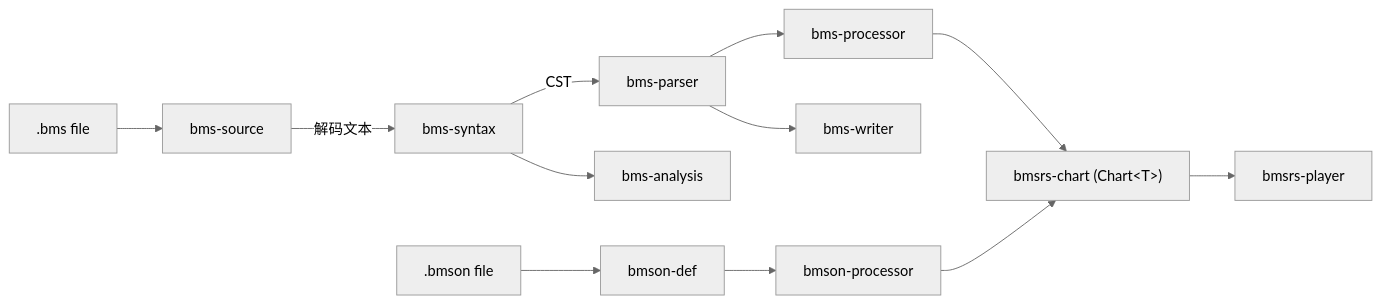
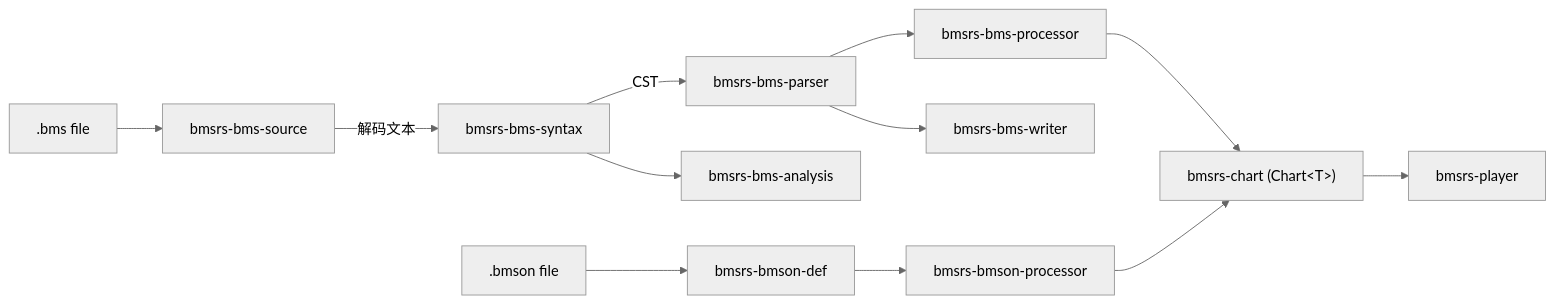
The diagram in AGENTS.md (brightmeows/bmsrs), drawn with Mermaid (neutral theme) before and after one commit. The commit also changed other lines of this file and 95 other files, not shown here.

````diff
--- a/AGENTS.md
+++ b/AGENTS.md
@@ -12,16 +12,16 @@
 ```mermaid
 flowchart LR
-    BMS[".bms file"] --> Src[bms-source]
-    Src -->|解码文本| Syn[bms-syntax]
-    Syn -->|CST| Par[bms-parser]
-    Par --> BProc[bms-processor]
-    Par --> Writer[bms-writer]
-    Syn --> Analysis[bms-analysis]
+    BMS[".bms file"] --> Src[bmsrs-bms-source]
+    Src -->|解码文本| Syn[bmsrs-bms-syntax]
+    Syn -->|CST| Par[bmsrs-bms-parser]
+    Par --> BProc[bmsrs-bms-processor]
+    Par --> Writer[bmsrs-bms-writer]
+    Syn --> Analysis[bmsrs-bms-analysis]
 
-    BMSON[".bmson file"] --> BDef[bmson-def]
-    BDef --> BMProc[bmson-processor]
+    BMSON[".bmson file"] --> BDef[bmsrs-bmson-def]
+    BDef --> BMProc[bmsrs-bmson-processor]
 
     BProc --> Chart["bmsrs-chart (Chart&lt;T&gt;)"]
     BMProc --> Chart
     Chart --> Player[bmsrs-player]
 ```
````
